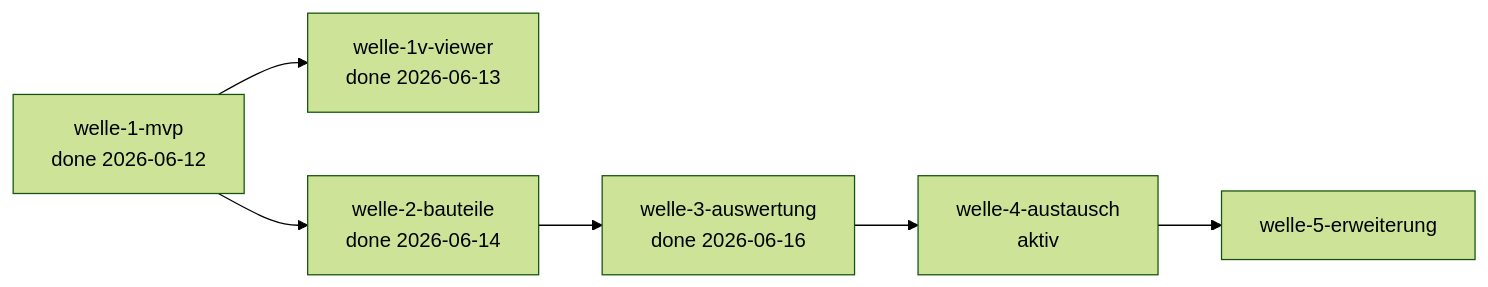
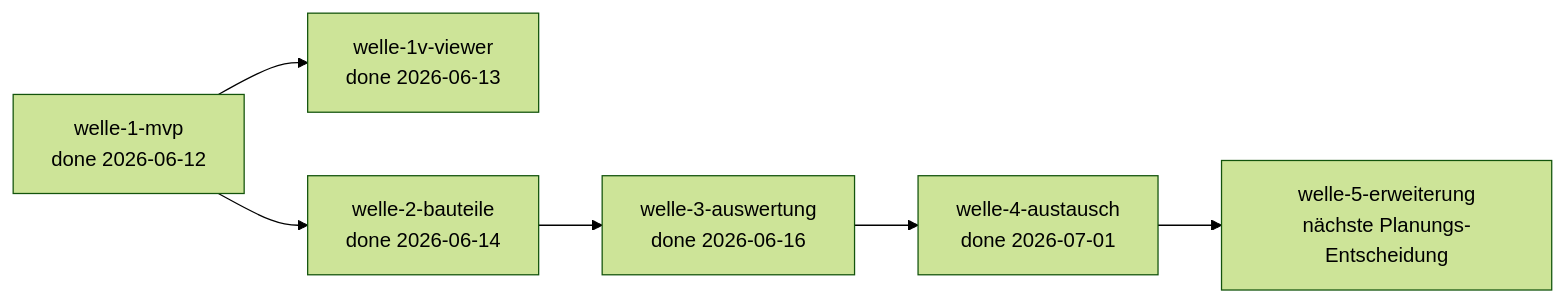
The diagram in docs/plan/planning/in-progress/roadmap.md (pt9912/b-cad), drawn with Mermaid (forest theme) before and after one commit. The commit also changed other lines of this file and 2 other files, not shown here.

First line of the commit message:
docs(plan): welle-4-austausch closure — M4 "Offen austauschbar" erreicht

````diff
--- a/docs/plan/planning/in-progress/roadmap.md
+++ b/docs/plan/planning/in-progress/roadmap.md
@@ -209,12 +214,12 @@
 ```mermaid
 flowchart LR
     W1[welle-1-mvp<br/>done 2026-06-12]
     W1V[welle-1v-viewer<br/>done 2026-06-13]
     W2[welle-2-bauteile<br/>done 2026-06-14]
     W3[welle-3-auswertung<br/>done 2026-06-16]
-    W4[welle-4-austausch<br/>aktiv]
-    W5[welle-5-erweiterung]
+    W4[welle-4-austausch<br/>done 2026-07-01]
+    W5[welle-5-erweiterung<br/>nächste Planungs-Entscheidung]
 
     W1 --> W1V
     W1 --> W2 --> W3 --> W4 --> W5
 ```
````
